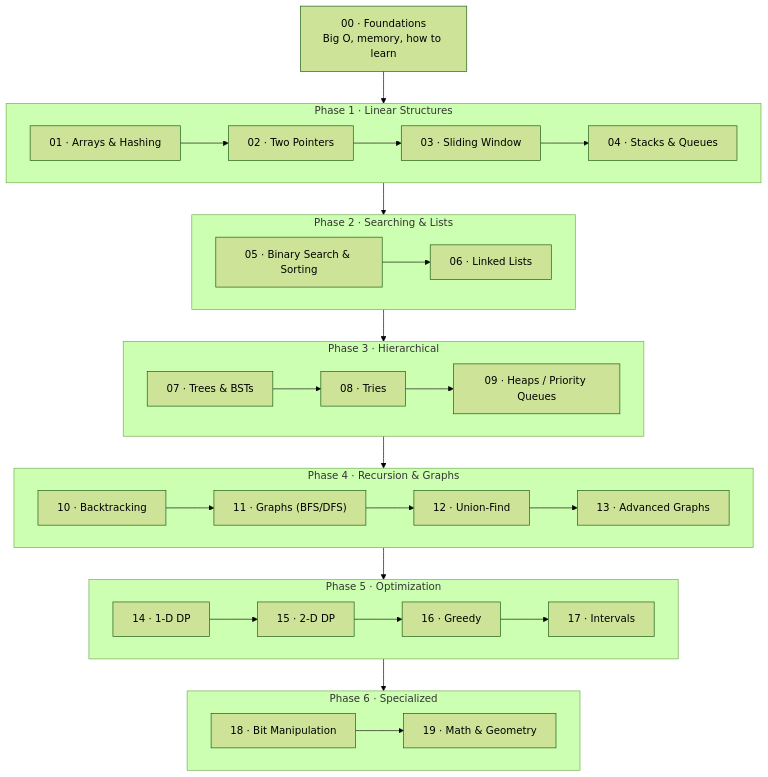
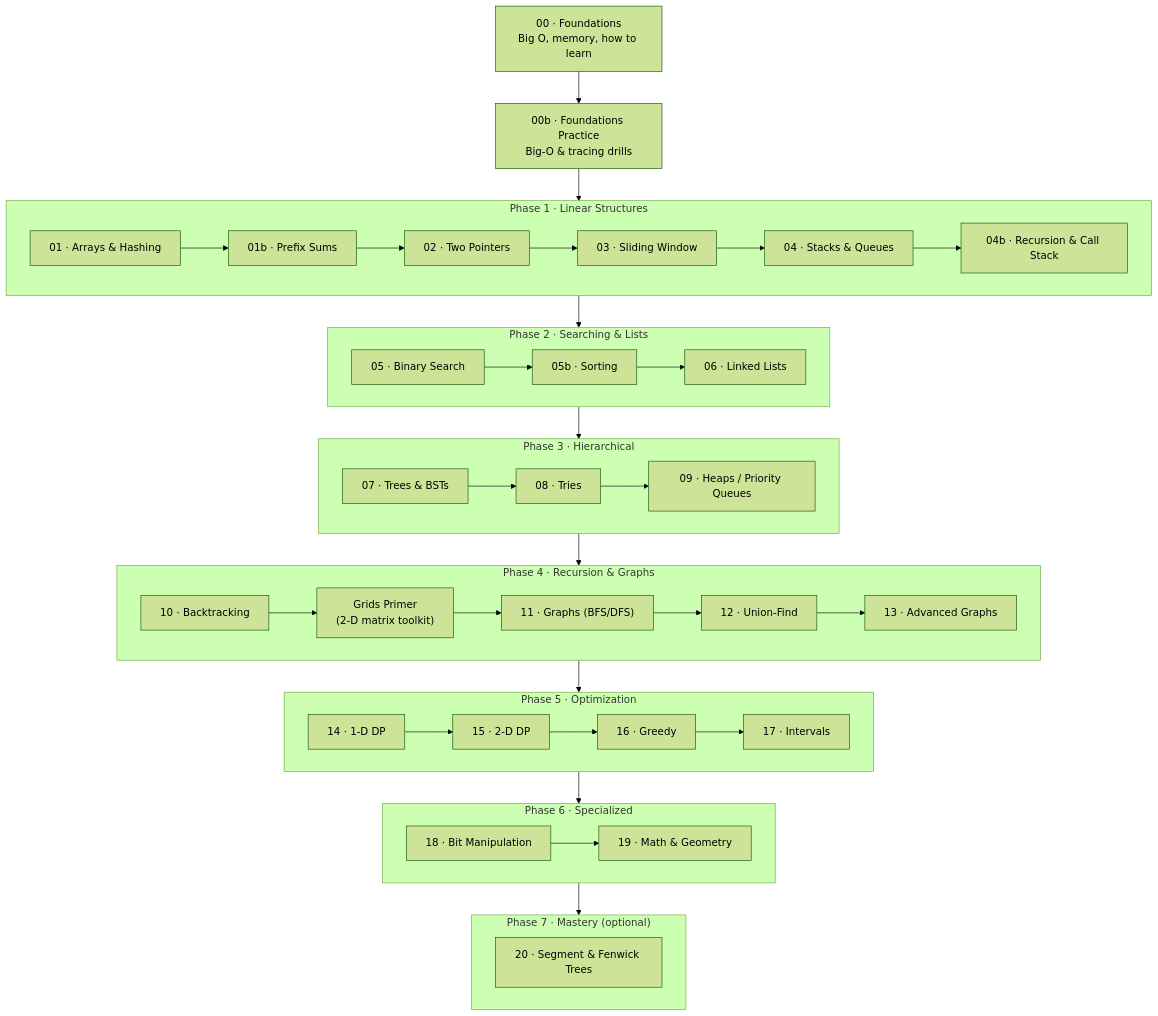
The diagram in roadmap/roadmap.md (nickleigh05/LeetCode), drawn with Mermaid (forest theme) before and after one commit. The commit also changed other lines of this file and 31 other files, not shown here.

First line of the commit message:
Tighten DSA roadmap: dedupe, trim bloat, topic-specific checkpoints

````diff
--- a/roadmap/roadmap.md
+++ b/roadmap/roadmap.md
@@ -20,37 +20,46 @@
 ```mermaid
 flowchart TD
-    F["00 · Foundations<br/>Big O, memory, how to learn"] --> P1
+    F["00 · Foundations<br/>Big O, memory, how to learn"] --> F2["00b · Foundations Practice<br/>Big-O & tracing drills"]
+    F2 --> P1
 
     subgraph P1 ["Phase 1 · Linear Structures"]
-        A1["01 · Arrays & Hashing"] --> A2["02 · Two Pointers"]
+        A1["01 · Arrays & Hashing"] --> A1b["01b · Prefix Sums"]
+        A1b --> A2["02 · Two Pointers"]
         A2 --> A3["03 · Sliding Window"]
         A3 --> A4["04 · Stacks & Queues"]
+        A4 --> A5["04b · Recursion & Call Stack"]
     end
 
     subgraph P2 ["Phase 2 · Searching & Lists"]
-        B1["05 · Binary Search & Sorting"] --> B2["06 · Linked Lists"]
+        B1["05 · Binary Search"] --> B1b["05b · Sorting"]
+        B1b --> B2["06 · Linked Lists"]
     end
 
     subgraph P3 ["Phase 3 · Hierarchical"]
         C1["07 · Trees & BSTs"] --> C2["08 · Tries"]
         C2 --> C3["09 · Heaps / Priority Queues"]
     end
 
     subgraph P4 ["Phase 4 · Recursion & Graphs"]
-        D1["10 · Backtracking"] --> D2["11 · Graphs (BFS/DFS)"]
+        D1["10 · Backtracking"] --> DG["Grids Primer<br/>(2-D matrix toolkit)"]
+        DG --> D2["11 · Graphs (BFS/DFS)"]
         D2 --> D3["12 · Union-Find"]
         D3 --> D4["13 · Advanced Graphs"]
     end
 
     subgraph P5 ["Phase 5 · Optimization"]
         E1["14 · 1-D DP"] --> E2["15 · 2-D DP"]
         E2 --> E3["16 · Greedy"]
         E3 --> E4["17 · Intervals"]
     end
 
     subgraph P6 ["Phase 6 · Specialized"]
         G1["18 · Bit Manipulation"] --> G2["19 · Math & Geometry"]
     end
 
-    P1 --> P2 --> P3 --> P4 --> P5 --> P6
+    subgraph P7 ["Phase 7 · Mastery (optional)"]
+        H1["20 · Segment & Fenwick Trees"]
+    end
+
+    P1 --> P2 --> P3 --> P4 --> P5 --> P6 --> P7
 ```
````
